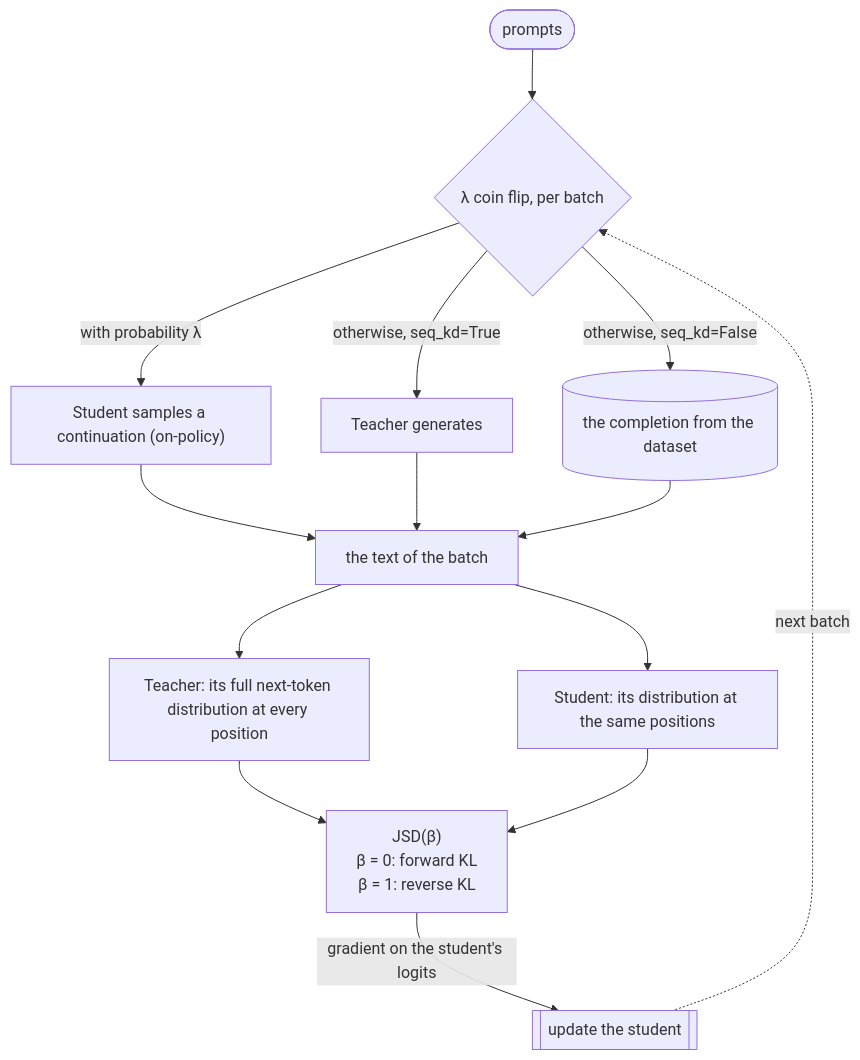
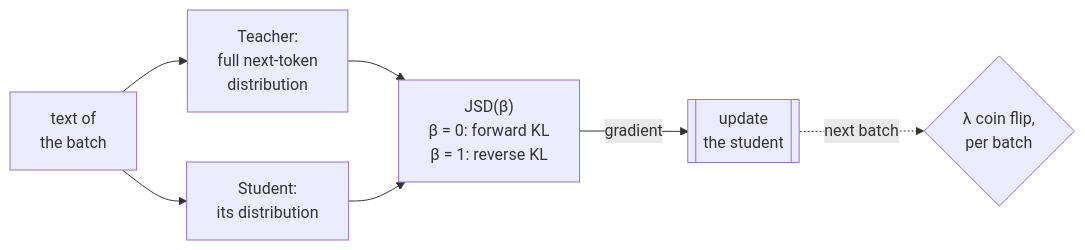
One commit to aniryou/full-stack-agentic-engineer changed the second of 3 diagrams in 00-foundations/distillation/PRIMER.md. Above: the diagram before and after it, drawn with Mermaid. The commit also changed other lines of this file and 8 other files, not shown here.

````diff
--- a/00-foundations/distillation/PRIMER.md
+++ b/00-foundations/distillation/PRIMER.md
@@ -361,16 +374,9 @@
 ```mermaid
-flowchart TB
-  P([prompts]) --> C{"λ coin flip, per batch"}
-  C -->|"with probability λ"| S["Student samples a continuation (on-policy)"]
-  C -->|"otherwise, seq_kd=True"| T["Teacher generates"]
-  C -->|"otherwise, seq_kd=False"| D[("the completion from the dataset")]
-  S --> X["the text of the batch"]
-  T --> X
-  D --> X
-  X --> TS["Teacher: its full next-token distribution at every position"]
-  X --> SS["Student: its distribution at the same positions"]
+flowchart LR
+  X["text of<br/>the batch"] --> TS["Teacher:<br/>full next-token<br/>distribution"]
+  X --> SS["Student:<br/>its distribution"]
   TS --> J["JSD(β)<br/>β = 0: forward KL<br/>β = 1: reverse KL"]
   SS --> J
-  J -->|"gradient on the student's logits"| U[["update the student"]]
-  U -.->|"next batch"| C
+  J -->|"gradient"| U[["update<br/>the student"]]
+  U -.->|"next batch"| C{"λ coin flip,<br/>per batch"}
 ```
````
